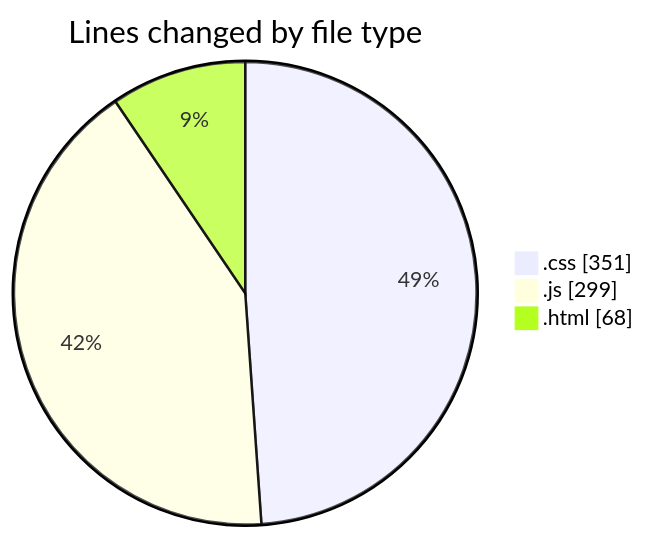
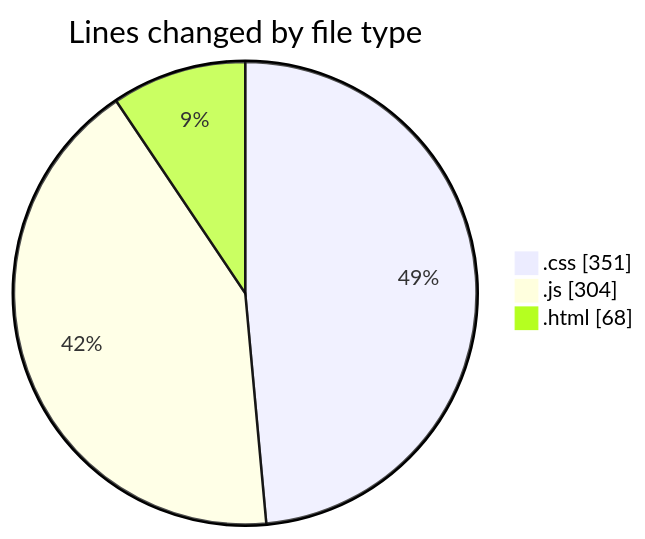
One commit to Ritupan-Deka/code-tracking changed the first of 2 diagrams in 2025-06-01/projects/README.md. Above: the diagram before and after it, drawn with Mermaid. The commit also changed other lines of this file and 1 other file, not shown here.

````diff
--- a/2025-06-01/projects/README.md
+++ b/2025-06-01/projects/README.md
@@ -25,7 +25,7 @@
 ```mermaid
 pie showData
 title Lines changed by file type
 ".css" : 351
-".js" : 299
+".js" : 304
 ".html" : 68
 ```
````
